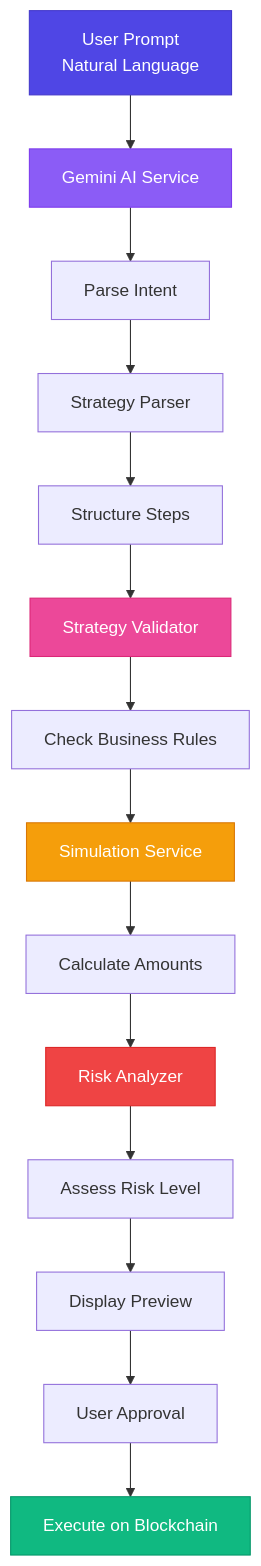
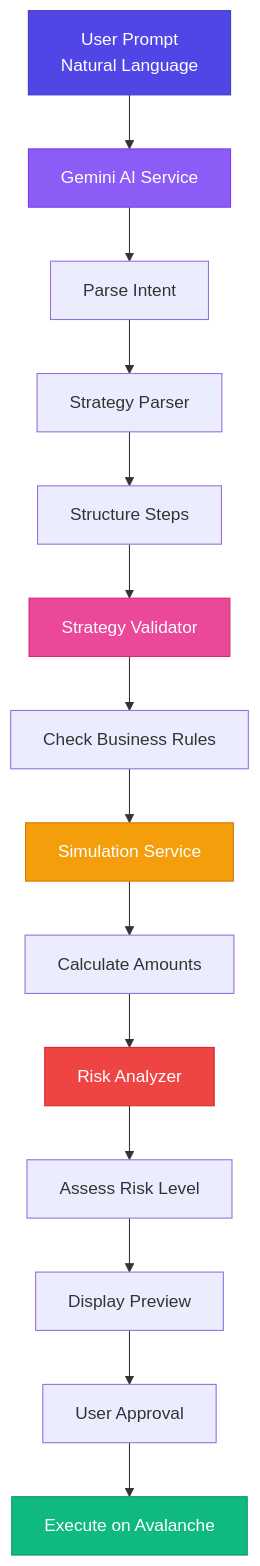
The third of 3 diagrams in README.md (Tizun71/OceanFin), drawn with Mermaid before and after one commit. The commit also changed other lines of this file, not shown here.

````diff
--- a/README.md
+++ b/README.md
@@ -164,23 +164,23 @@
 ```mermaid
 graph TD
     A[User Prompt<br/>Natural Language] --> B[Gemini AI Service]
     B --> C[Parse Intent]
     C --> D[Strategy Parser]
     D --> E[Structure Steps]
     E --> F[Strategy Validator]
     F --> G[Check Business Rules]
     G --> H[Simulation Service]
     H --> I[Calculate Amounts]
     I --> J[Risk Analyzer]
     J --> K[Assess Risk Level]
     K --> L[Display Preview]
     L --> M[User Approval]
-    M --> N[Execute on Blockchain]
-    
+    M --> N[Execute on Avalanche]
+
     style A fill:#4f46e5,stroke:#4338ca,color:#fff
     style B fill:#8b5cf6,stroke:#7c3aed,color:#fff
     style F fill:#ec4899,stroke:#db2777,color:#fff
     style H fill:#f59e0b,stroke:#d97706,color:#fff
     style J fill:#ef4444,stroke:#dc2626,color:#fff
     style N fill:#10b981,stroke:#059669,color:#fff
 ```
````
